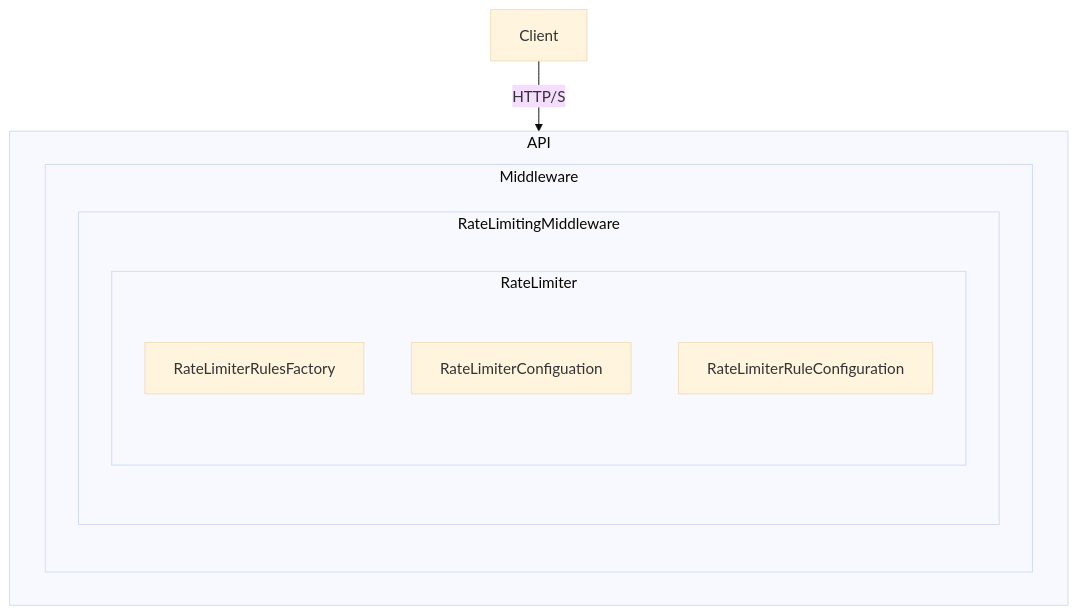
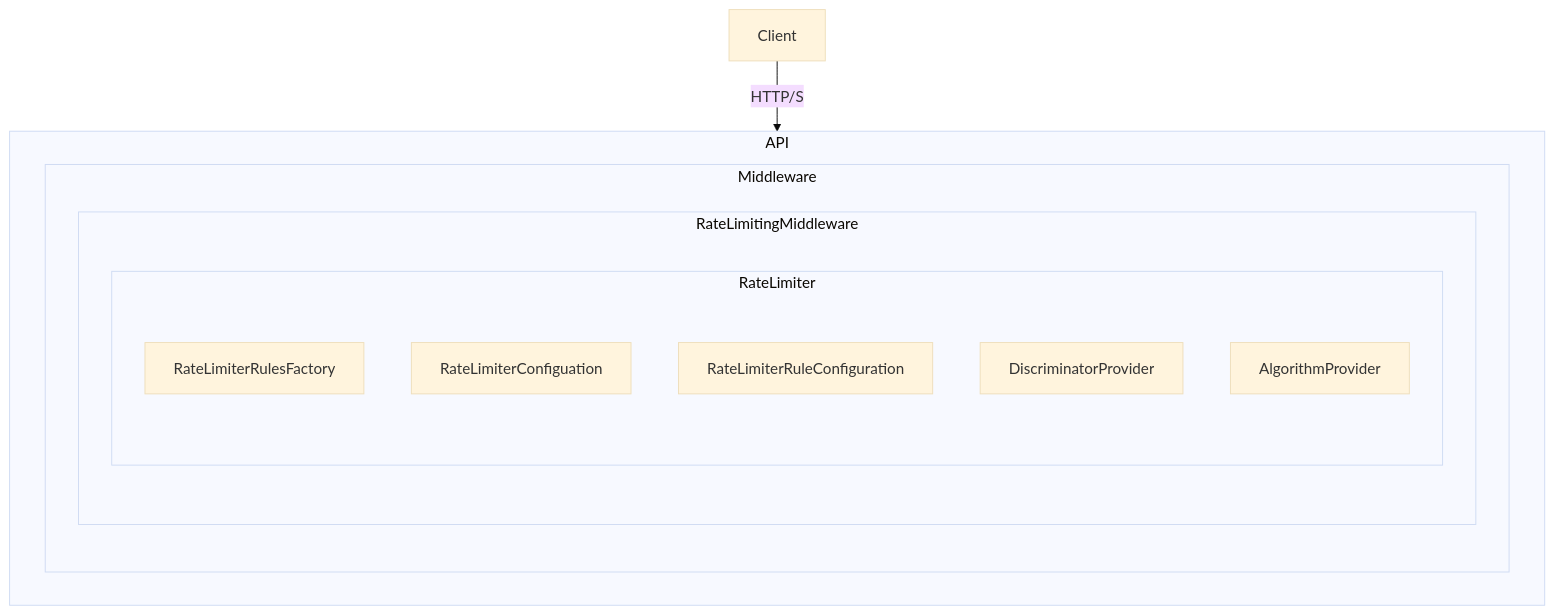
One commit to crexi-dev/rale-limiter changed the diagram in submission.md. Above: the diagram before and after it, drawn with Mermaid (base theme).

Commit message:
update mermaid

````diff
--- a/submission.md
+++ b/submission.md
@@ -112,16 +112,18 @@
 ```mermaid
 flowchart TB
     A[Client] -->|HTTP/S| API
     subgraph API
       
       subgraph Middleware      
         subgraph RateLimitingMiddleware
             subgraph RateLimiter
                 RateLimiterRulesFactory
                 RateLimiterConfiguation
                 RateLimiterRuleConfiguration
+                DiscriminatorProvider
+                AlgorithmProvider
             end
         end
       end
     end
 ```
````
